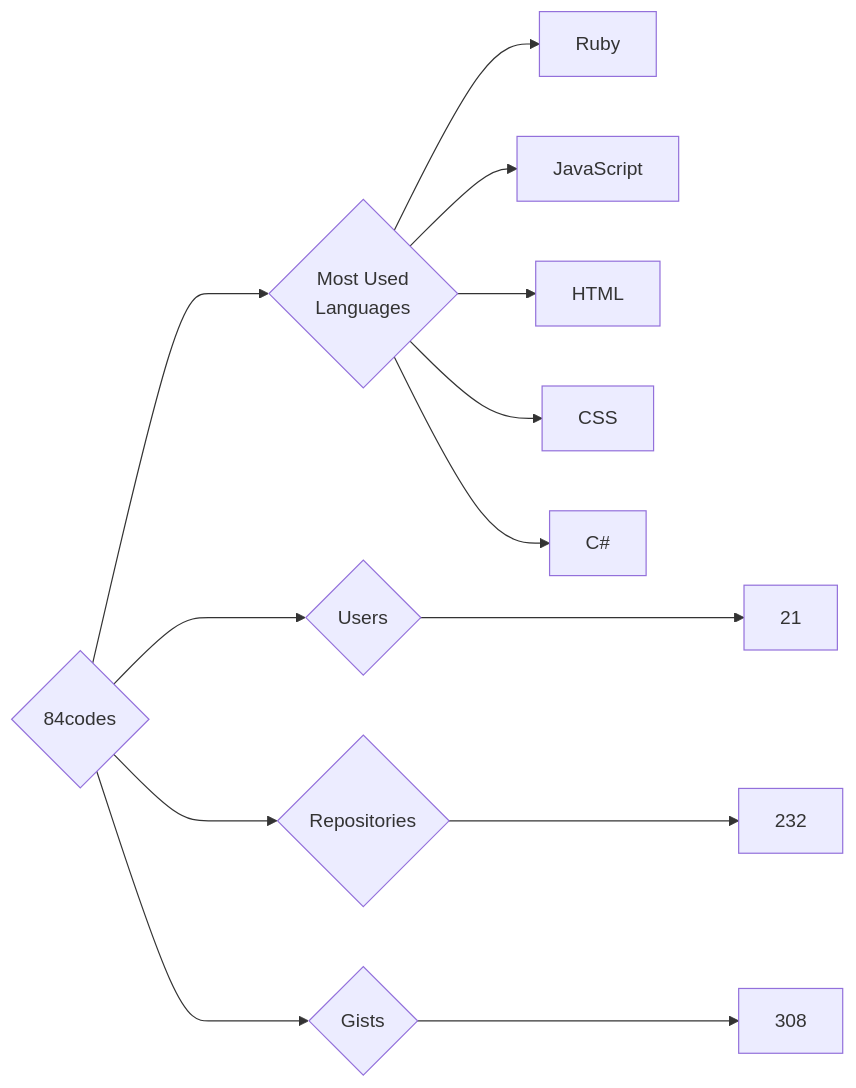
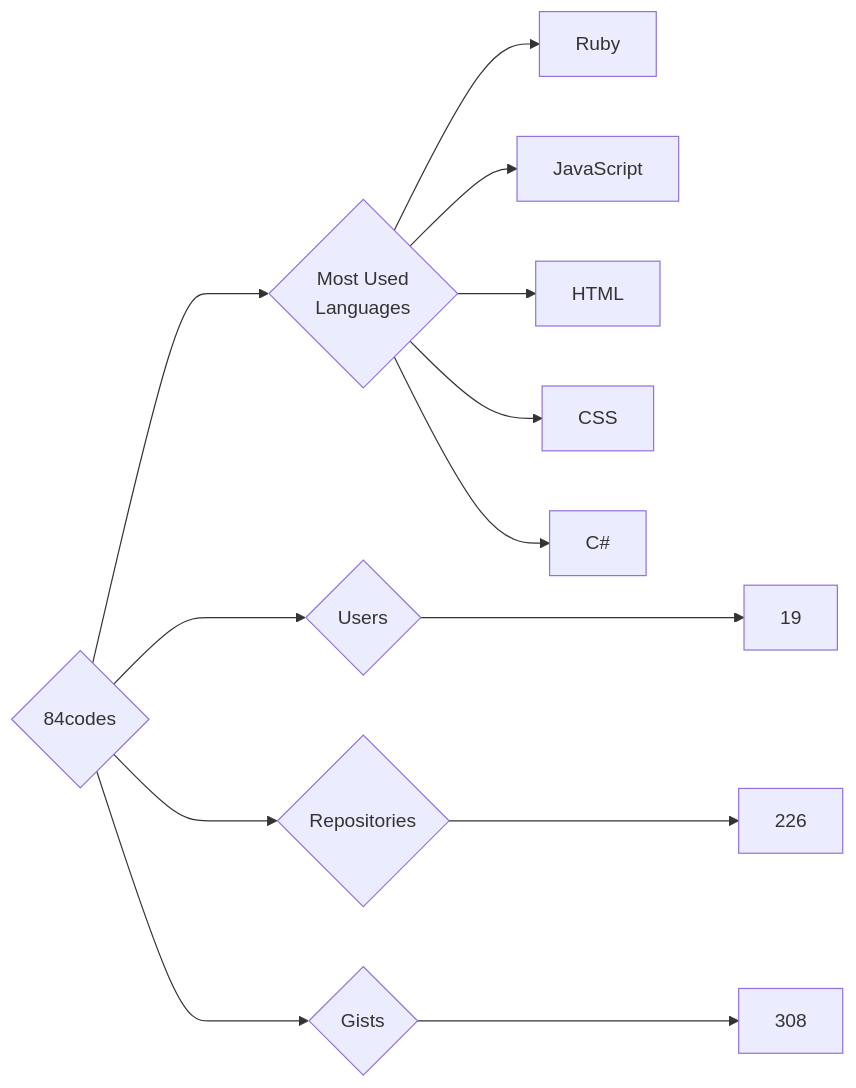
Before and after one commit to trickest/insiders: the diagram in targets/84codes/README.md, drawn with Mermaid. The commit also changed 998 other files, not shown here.

````diff
--- a/targets/84codes/README.md
+++ b/targets/84codes/README.md
@@ -3,13 +3,13 @@
 ```mermaid
 graph LR
 COMPANY_NAME{84codes}
-COMPANY_NAME ---> U{Users} ---> UN[21]
-COMPANY_NAME ---> R{Repositories} ---> RN[232]
+COMPANY_NAME ---> U{Users} ---> UN[19]
+COMPANY_NAME ---> R{Repositories} ---> RN[226]
 COMPANY_NAME ---> G{Gists} ---> GN[308]
 COMPANY_NAME ---> ML{Most Used<br>Languages}
 ML --> Ruby[Ruby]
 ML --> JavaScript[JavaScript]
 ML --> HTML[HTML]
 ML --> CSS[CSS]
 ML --> C#[C#]
 ```
````
